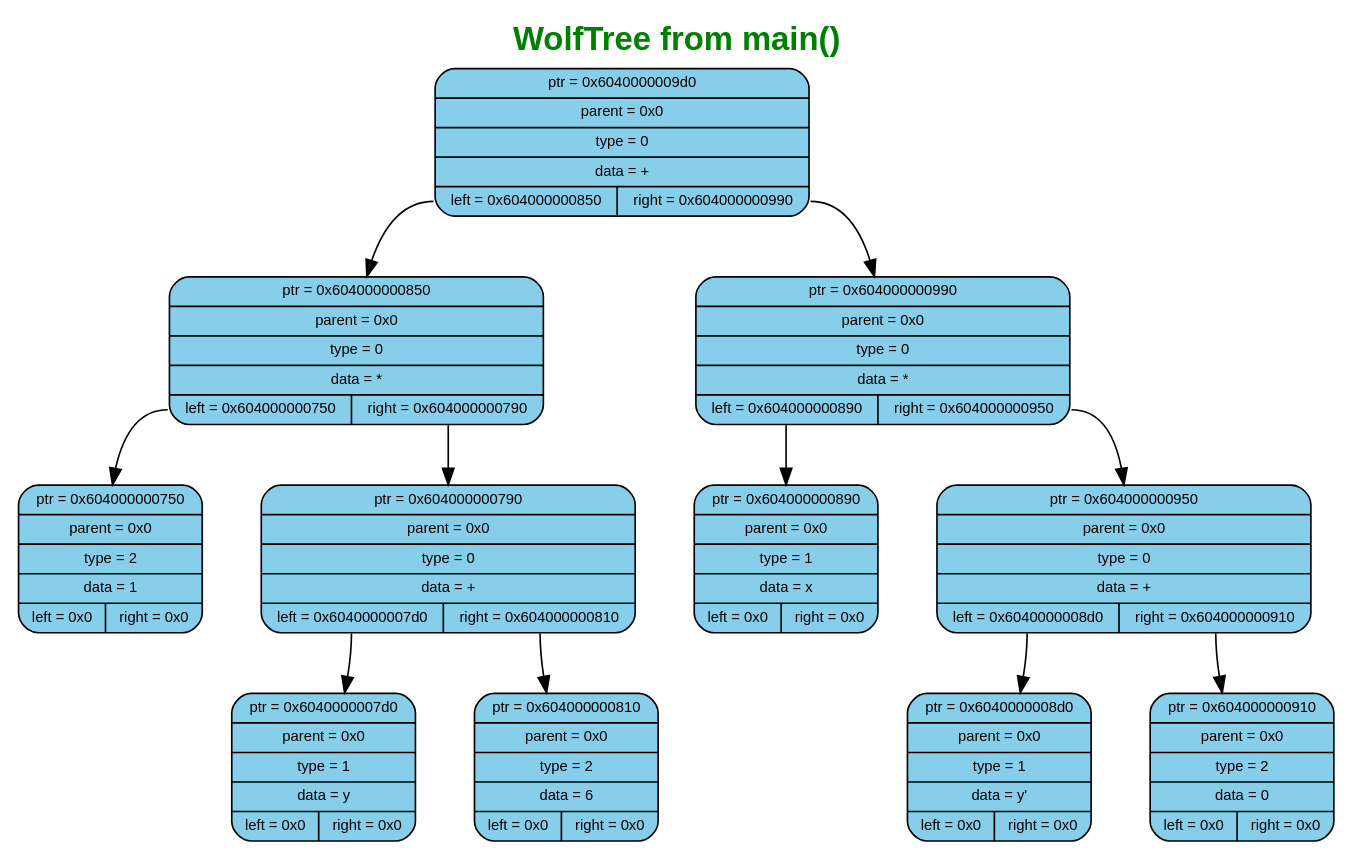
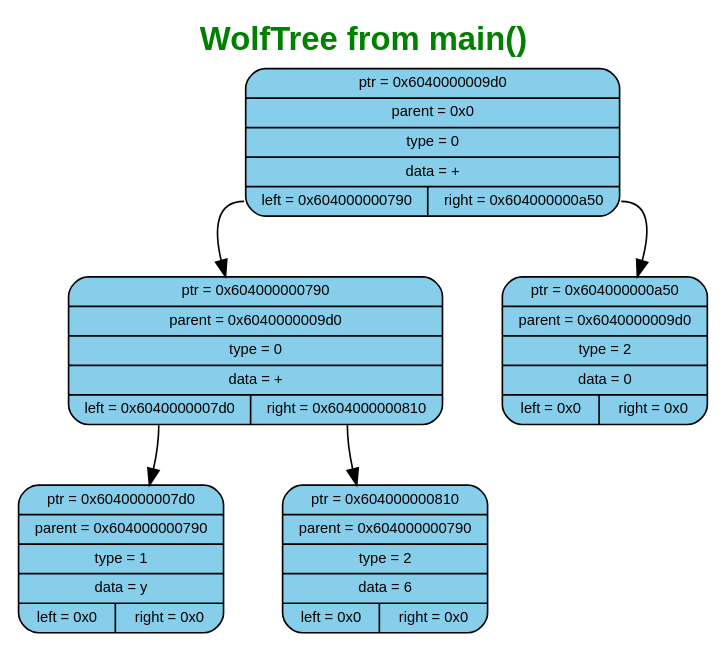
One commit to murugov/WolframSigma changed the diagram in WOLFRAM_SIGMA/ReportFiles/graphs/graph1/wolf.dot. Above: the diagram before and after it, drawn with Graphviz. The commit also changed 14 other files, not shown here.

```diff
--- a/WOLFRAM_SIGMA/ReportFiles/graphs/graph1/wolf.dot
+++ b/WOLFRAM_SIGMA/ReportFiles/graphs/graph1/wolf.dot
@@ -1,35 +1,23 @@
 digraph G {
 	label=<<B>WolfTree from main()</B>>;
 	fontcolor="#008000";
 	fontname="Arial";
 	labelloc="top";
 	labeljust="center";
 	fontsize=20;
 	rankdir=TB;
 	center=true;
 	nodesep=0.5;
 	ranksep=0.5;
 	node[fontsize=9, shape=box, width=0.7, height=0.4, style="filled, rounded", fontname="Arial"];
 
-	n0 [shape=record, label="{ptr = 0x6040000009d0 | parent = 0x0 | type = 0 | data = + | {<left> left = 0x604000000850 | <right> right = 0x604000000990}}", fillcolor="#87CEEB", color="black"]
-	n1 [shape=record, label="{ptr = 0x604000000850 | parent = 0x0 | type = 0 | data = * | {<left> left = 0x604000000750 | <right> right = 0x604000000790}}", fillcolor="#87CEEB", color="black"]
+	n0 [shape=record, label="{ptr = 0x6040000009d0 | parent = 0x0 | type = 0 | data = + | {<left> left = 0x604000000790 | <right> right = 0x604000000a50}}", fillcolor="#87CEEB", color="black"]
+	n1 [shape=record, label="{ptr = 0x604000000790 | parent = 0x6040000009d0 | type = 0 | data = + | {<left> left = 0x6040000007d0 | <right> right = 0x604000000810}}", fillcolor="#87CEEB", color="black"]
 	n0:left -> n1
-	n2 [shape=record, label="{ptr = 0x604000000990 | parent = 0x0 | type = 0 | data = * | {<left> left = 0x604000000890 | <right> right = 0x604000000950}}", fillcolor="#87CEEB", color="black"]
+	n2 [shape=record, label="{ptr = 0x604000000a50 | parent = 0x6040000009d0 | type = 2 | data = 0 | {<left> left = 0x0 | <right> right = 0x0}}", fillcolor="#87CEEB", color="black"]
 	n0:right -> n2
-	n3 [shape=record, label="{ptr = 0x604000000890 | parent = 0x0 | type = 1 | data = x | {<left> left = 0x0 | <right> right = 0x0}}", fillcolor="#87CEEB", color="black"]
-	n2:left -> n3
-	n4 [shape=record, label="{ptr = 0x604000000950 | parent = 0x0 | type = 0 | data = + | {<left> left = 0x6040000008d0 | <right> right = 0x604000000910}}", fillcolor="#87CEEB", color="black"]
-	n2:right -> n4
-	n5 [shape=record, label="{ptr = 0x6040000008d0 | parent = 0x0 | type = 1 | data = y' | {<left> left = 0x0 | <right> right = 0x0}}", fillcolor="#87CEEB", color="black"]
-	n4:left -> n5
-	n6 [shape=record, label="{ptr = 0x604000000910 | parent = 0x0 | type = 2 | data = 0 | {<left> left = 0x0 | <right> right = 0x0}}", fillcolor="#87CEEB", color="black"]
-	n4:right -> n6
-	n7 [shape=record, label="{ptr = 0x604000000750 | parent = 0x0 | type = 2 | data = 1 | {<left> left = 0x0 | <right> right = 0x0}}", fillcolor="#87CEEB", color="black"]
-	n1:left -> n7
-	n8 [shape=record, label="{ptr = 0x604000000790 | parent = 0x0 | type = 0 | data = + | {<left> left = 0x6040000007d0 | <right> right = 0x604000000810}}", fillcolor="#87CEEB", color="black"]
-	n1:right -> n8
-	n9 [shape=record, label="{ptr = 0x6040000007d0 | parent = 0x0 | type = 1 | data = y | {<left> left = 0x0 | <right> right = 0x0}}", fillcolor="#87CEEB", color="black"]
-	n8:left -> n9
-	n10 [shape=record, label="{ptr = 0x604000000810 | parent = 0x0 | type = 2 | data = 6 | {<left> left = 0x0 | <right> right = 0x0}}", fillcolor="#87CEEB", color="black"]
-	n8:right -> n10
+	n3 [shape=record, label="{ptr = 0x6040000007d0 | parent = 0x604000000790 | type = 1 | data = y | {<left> left = 0x0 | <right> right = 0x0}}", fillcolor="#87CEEB", color="black"]
+	n1:left -> n3
+	n4 [shape=record, label="{ptr = 0x604000000810 | parent = 0x604000000790 | type = 2 | data = 6 | {<left> left = 0x0 | <right> right = 0x0}}", fillcolor="#87CEEB", color="black"]
+	n1:right -> n4
 }
```
